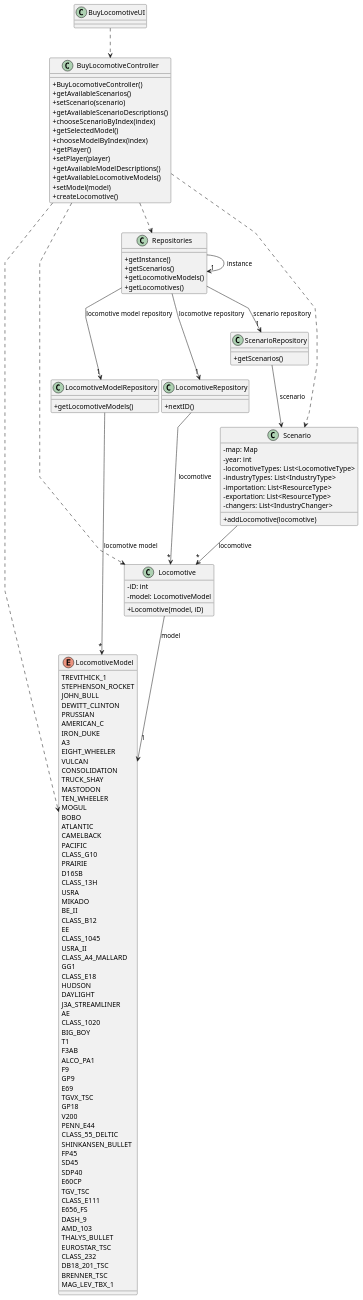
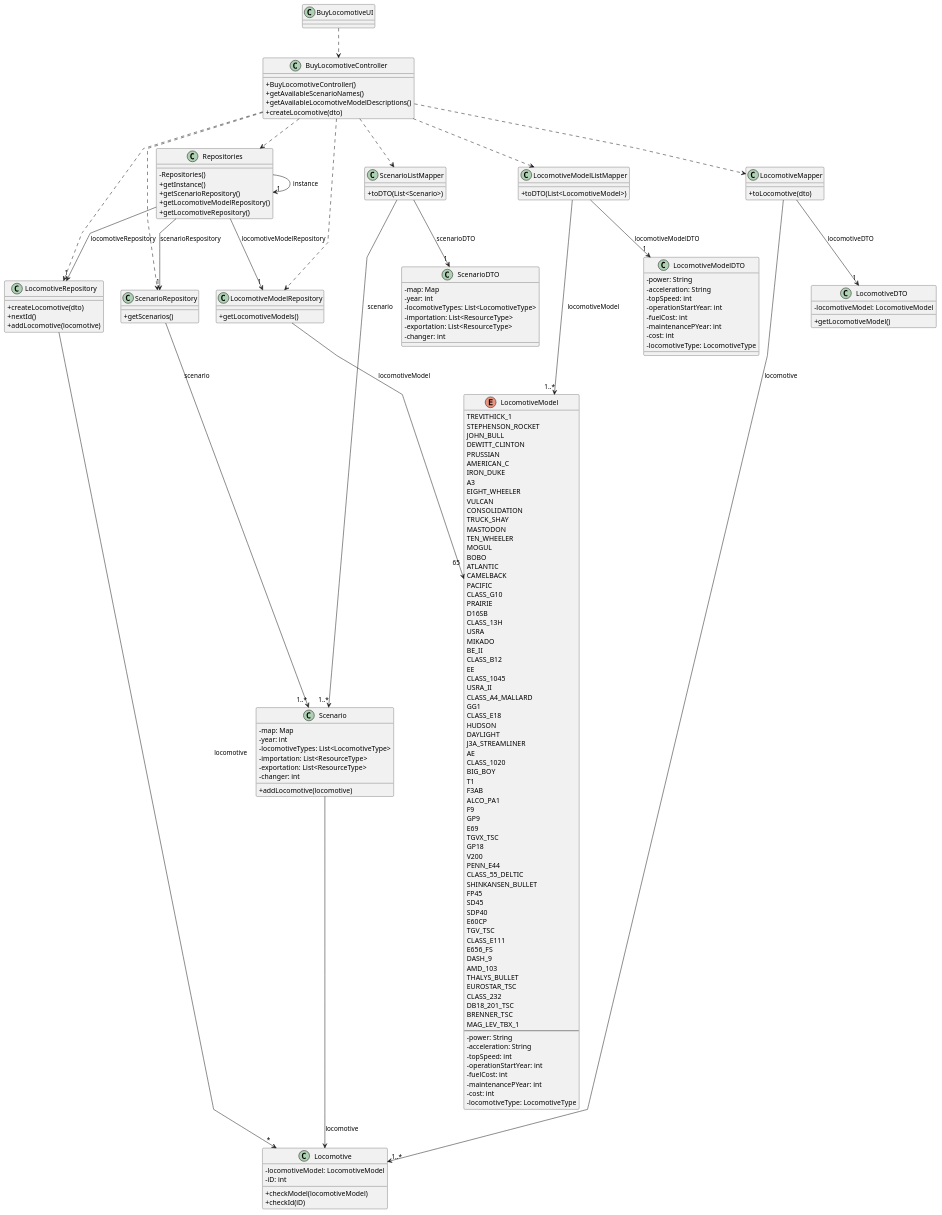
One commit to 1240935/pi2-railway-simulator changed the diagram in docsFinais/US009/03.design/puml/US009-CD.puml. Above: the diagram before and after it, drawn with PlantUML. The commit also changed 106 other files, not shown here.

```diff
--- a/docsFinais/US009/03.design/puml/US009-CD.puml
+++ b/docsFinais/US009/03.design/puml/US009-CD.puml
@@ -9,147 +9,193 @@
 
 'left to right direction
 
-class BuyLocomotiveUI{
-}
-
+class BuyLocomotiveUI
 class BuyLocomotiveController {
-  + BuyLocomotiveController()
-  + getAvailableScenarios()
-  + setScenario(scenario)
-  + getAvailableScenarioDescriptions()
-  + chooseScenarioByIndex(index)
-  + getSelectedModel()
-  + chooseModelByIndex(index)
-  + getPlayer()
-  + setPlayer(player)
-  + getAvailableModelDescriptions()
-  + getAvailableLocomotiveModels()
-  + setModel(model)
-  + createLocomotive()
+    +BuyLocomotiveController()
+    +getAvailableScenarioNames()
+    +getAvailableLocomotiveModelDescriptions()
+    +createLocomotive(dto)
 }
 
 class Repositories {
-  + getInstance()
-  + getScenarios()
-  + getLocomotiveModels()
-  + getLocomotives()
+    -Repositories()
+    +getInstance()
+    +getScenarioRepository()
+    +getLocomotiveModelRepository()
+    +getLocomotiveRepository()
 }
 
 class ScenarioRepository {
-  + getScenarios()
+    +getScenarios()
 }
 
 class LocomotiveModelRepository {
-  + getLocomotiveModels()
+    +getLocomotiveModels()
 }
 
 class LocomotiveRepository {
-  + nextID()
+    +createLocomotive(dto)
+    +nextId()
+    +addLocomotive(locomotive)
 }
 
 class Scenario {
-       -map: Map
-       -year: int
-       -locomotiveTypes: List<LocomotiveType>
-       -industryTypes: List<IndustryType>
-       -importation: List<ResourceType>
-       -exportation: List<ResourceType>
-       -changers: List<IndustryChanger>
-       +addLocomotive(locomotive)
- }
+    - map: Map
+        - year: int
+        - locomotiveTypes: List<LocomotiveType>
+        - importation: List<ResourceType>
+        - exportation: List<ResourceType>
+        - changer: int
+    +addLocomotive(locomotive)
+}
 
 enum LocomotiveModel{
-    TREVITHICK_1
-    STEPHENSON_ROCKET
-    JOHN_BULL
-    DEWITT_CLINTON
-    PRUSSIAN
-    AMERICAN_C
-    IRON_DUKE
-    A3
-    EIGHT_WHEELER
-    VULCAN
-    CONSOLIDATION
-    TRUCK_SHAY
-    MASTODON
-    TEN_WHEELER
-    MOGUL
-    BOBO
-    ATLANTIC
-    CAMELBACK
-    PACIFIC
-    CLASS_G10
-    PRAIRIE
-    D16SB
-    CLASS_13H
-    USRA
-    MIKADO
-    BE_II
-    CLASS_B12
-    EE
-    CLASS_1045
-    USRA_II
-    CLASS_A4_MALLARD
-    GG1
-    CLASS_E18
-    HUDSON
-    DAYLIGHT
-    J3A_STREAMLINER
-    AE
-    CLASS_1020
-    BIG_BOY
-    T1
-    F3AB
-    ALCO_PA1
-    F9
-    GP9
-    E69
-    TGVX_TSC
-    GP18
-    V200
-    PENN_E44
-    CLASS_55_DELTIC
-    SHINKANSEN_BULLET
-    FP45
-    SD45
-    SDP40
-    E60CP
-    TGV_TSC
-    CLASS_E111
-    E656_FS
-    DASH_9
-    AMD_103
-    THALYS_BULLET
-    EUROSTAR_TSC
-    CLASS_232
-    DB18_201_TSC
-    BRENNER_TSC
-    MAG_LEV_TBX_1
-
+   TREVITHICK_1
+   STEPHENSON_ROCKET
+   JOHN_BULL
+   DEWITT_CLINTON
+   PRUSSIAN
+   AMERICAN_C
+   IRON_DUKE
+   A3
+   EIGHT_WHEELER
+   VULCAN
+   CONSOLIDATION
+   TRUCK_SHAY
+   MASTODON
+   TEN_WHEELER
+   MOGUL
+   BOBO
+   ATLANTIC
+   CAMELBACK
+   PACIFIC
+   CLASS_G10
+   PRAIRIE
+   D16SB
+   CLASS_13H
+   USRA
+   MIKADO
+   BE_II
+   CLASS_B12
+   EE
+   CLASS_1045
+   USRA_II
+   CLASS_A4_MALLARD
+   GG1
+   CLASS_E18
+   HUDSON
+   DAYLIGHT
+   J3A_STREAMLINER
+   AE
+   CLASS_1020
+   BIG_BOY
+   T1
+   F3AB
+   ALCO_PA1
+   F9
+   GP9
+   E69
+   TGVX_TSC
+   GP18
+   V200
+   PENN_E44
+   CLASS_55_DELTIC
+   SHINKANSEN_BULLET
+   FP45
+   SD45
+   SDP40
+   E60CP
+   TGV_TSC
+   CLASS_E111
+   E656_FS
+   DASH_9
+   AMD_103
+   THALYS_BULLET
+   EUROSTAR_TSC
+   CLASS_232
+   DB18_201_TSC
+   BRENNER_TSC
+   MAG_LEV_TBX_1
+   --
+   - power: String
+   - acceleration: String
+   -topSpeed: int
+   -operationStartYear: int
+   -fuelCost: int
+   -maintenancePYear: int
+   -cost: int
+   -locomotiveType: LocomotiveType
 }
 
 class Locomotive {
-  - iD: int
-  - model: LocomotiveModel
-  + Locomotive(model, iD)
+    -locomotiveModel: LocomotiveModel
+    -iD: int
+    +checkModel(locomotiveModel)
+    +checkId(iD)
+}
+
+class ScenarioDTO{
+ - map: Map
+            - year: int
+            - locomotiveTypes: List<LocomotiveType>
+            - importation: List<ResourceType>
+            - exportation: List<ResourceType>
+            - changer: int
+}
+
+class LocomotiveModelDTO{
+    - power: String
+   - acceleration: String
+   -topSpeed: int
+   -operationStartYear: int
+   -fuelCost: int
+   -maintenancePYear: int
+   -cost: int
+   -locomotiveType: LocomotiveType
+}
+
+class LocomotiveDTO {
+    -locomotiveModel: LocomotiveModel
+    +getLocomotiveModel()
+}
+
+class ScenarioListMapper {
+    +toDTO(List<Scenario>)
+}
+
+class LocomotiveModelListMapper {
+    +toDTO(List<LocomotiveModel>)
+}
+
+class LocomotiveMapper {
+    +toLocomotive(dto)
 }
 
 BuyLocomotiveUI ..> BuyLocomotiveController
-BuyLocomotiveController ..> Scenario
-BuyLocomotiveController ..> LocomotiveModel
-BuyLocomotiveController ..> Locomotive
+
 BuyLocomotiveController ..> Repositories
+BuyLocomotiveController ..> ScenarioListMapper
+BuyLocomotiveController ..> LocomotiveModelListMapper
+BuyLocomotiveController ..> LocomotiveMapper
+BuyLocomotiveController ..> ScenarioRepository
+BuyLocomotiveController ..> LocomotiveModelRepository
+BuyLocomotiveController ..> LocomotiveRepository
 
 Repositories -> "1" Repositories : instance
-Repositories --> "1" ScenarioRepository : scenario repository
-Repositories --> "1" LocomotiveModelRepository : locomotive model repository
-Repositories --> "1" LocomotiveRepository : locomotive repository
-ScenarioRepository --> Scenario : scenario
+Repositories --> "1" ScenarioRepository: scenarioRespository
+Repositories --> "1" LocomotiveModelRepository: locomotiveModelRepository
+Repositories --> "1" LocomotiveRepository: locomotiveRepository
 
-Scenario --> "*" Locomotive: locomotive
-LocomotiveModelRepository --> "*" LocomotiveModel : locomotive model
+ScenarioRepository --> "1..*" Scenario: scenario
+LocomotiveModelRepository --> "65" LocomotiveModel: locomotiveModel
 LocomotiveRepository --> "*" Locomotive: locomotive
-Locomotive --> "1" LocomotiveModel: model
 
+ScenarioListMapper --> "1" ScenarioDTO: scenarioDTO
+ScenarioListMapper --> "1..*" Scenario: scenario
+LocomotiveModelListMapper --> "1" LocomotiveModelDTO: locomotiveModelDTO
+LocomotiveModelListMapper --> "1..*" LocomotiveModel: locomotiveModel
+LocomotiveMapper --> "1" LocomotiveDTO: locomotiveDTO
+LocomotiveMapper --> "1..*" Locomotive: locomotive
 
+Scenario --> Locomotive: locomotive
 @enduml
```
